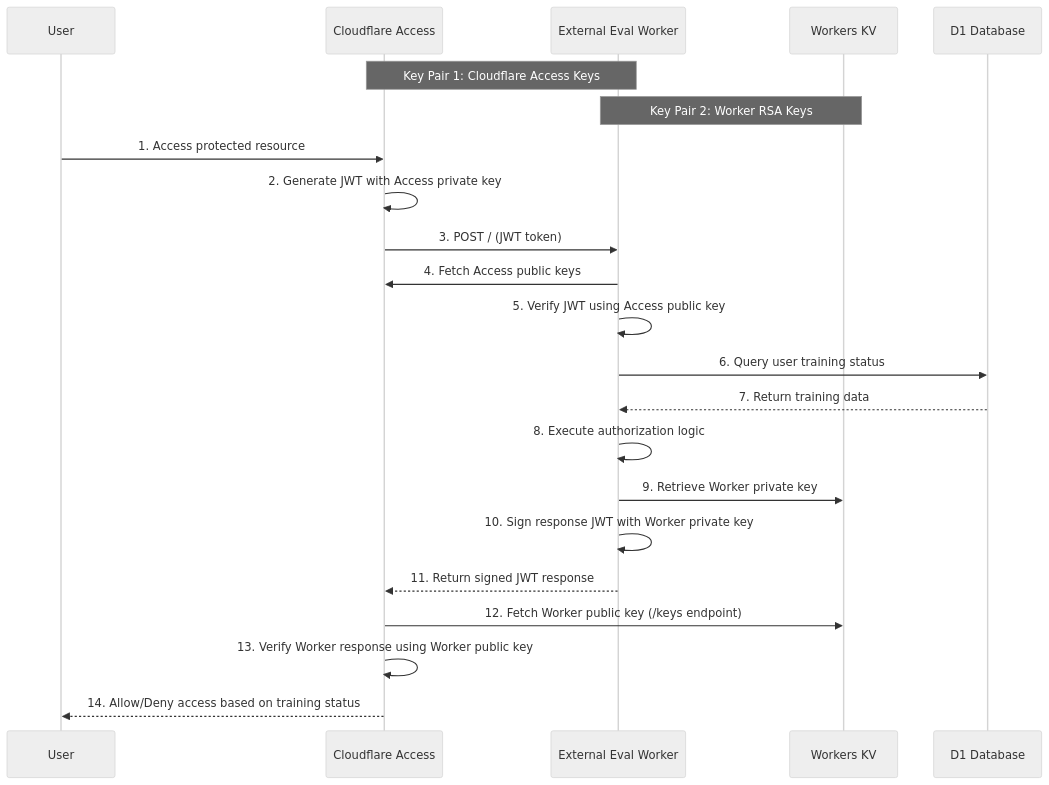
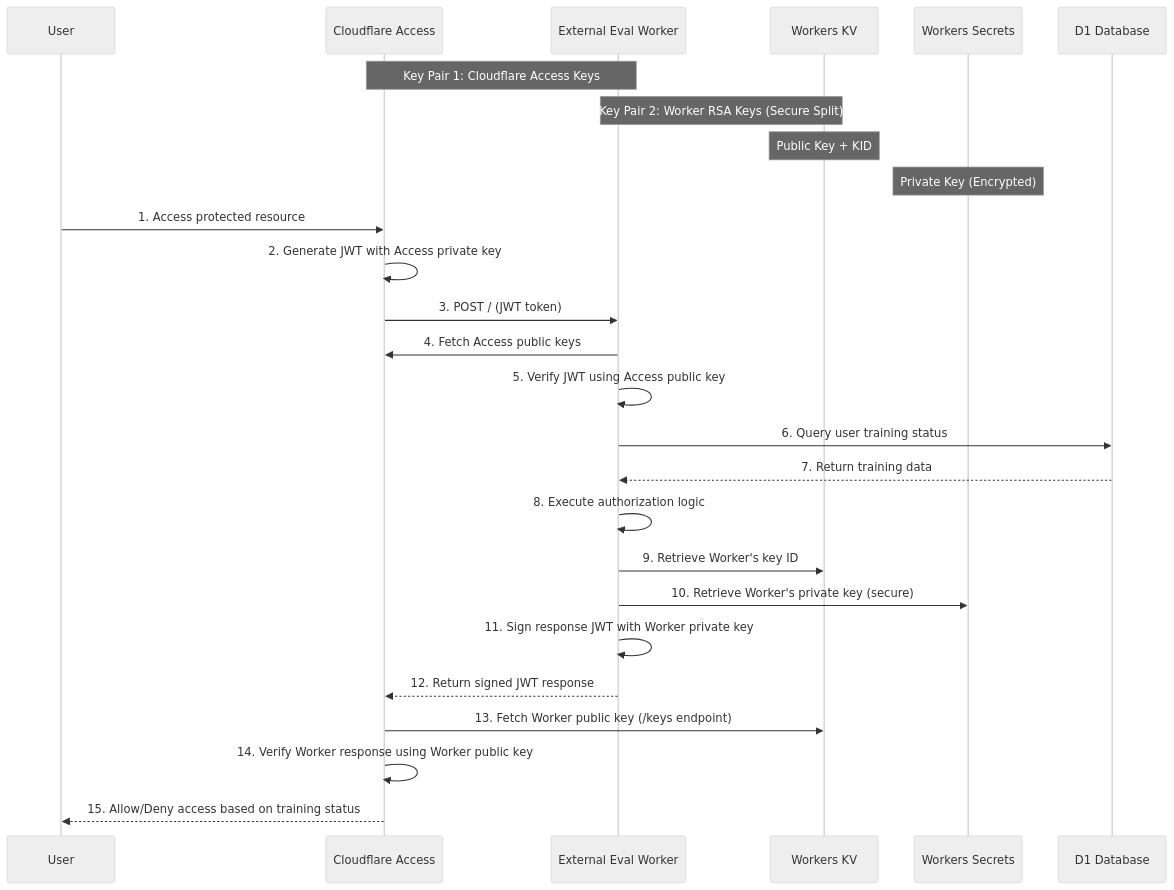
One commit to macharpe/cloudflare-access-training-evaluator changed the second of 2 diagrams in README.md. Above: the diagram before and after it, drawn with Mermaid (neutral theme). The commit also changed other lines of this file and 2 other files, not shown here.

````diff
--- a/README.md
+++ b/README.md
@@ -65,30 +65,34 @@
 ```mermaid
 sequenceDiagram
     participant User
     participant Access as Cloudflare Access
     participant Worker as External Eval Worker
     participant KV as Workers KV
+    participant Secrets as Workers Secrets
     participant D1 as D1 Database
 
     Note over Access, Worker: Key Pair 1: Cloudflare Access Keys
-    Note over Worker, KV: Key Pair 2: Worker RSA Keys
+    Note over Worker, KV: Key Pair 2: Worker RSA Keys (Secure Split)
+    Note over KV: Public Key + KID
+    Note over Secrets: Private Key (Encrypted)
 
     User->>Access: 1. Access protected resource
     Access->>Access: 2. Generate JWT with Access private key
     Access->>Worker: 3. POST / (JWT token)
 
     Worker->>Access: 4. Fetch Access public keys
     Worker->>Worker: 5. Verify JWT using Access public key
 
     Worker->>D1: 6. Query user training status
     D1-->>Worker: 7. Return training data
 
     Worker->>Worker: 8. Execute authorization logic
-    Worker->>KV: 9. Retrieve Worker private key
-    Worker->>Worker: 10. Sign response JWT with Worker private key
+    Worker->>KV: 9. Retrieve Worker's key ID
+    Worker->>Secrets: 10. Retrieve Worker's private key (secure)
+    Worker->>Worker: 11. Sign response JWT with Worker private key
 
-    Worker-->>Access: 11. Return signed JWT response
-    Access->>KV: 12. Fetch Worker public key (/keys endpoint)
-    Access->>Access: 13. Verify Worker response using Worker public key
-    Access-->>User: 14. Allow/Deny access based on training status
+    Worker-->>Access: 12. Return signed JWT response
+    Access->>KV: 13. Fetch Worker public key (/keys endpoint)
+    Access->>Access: 14. Verify Worker response using Worker public key
+    Access-->>User: 15. Allow/Deny access based on training status
 ```
````
